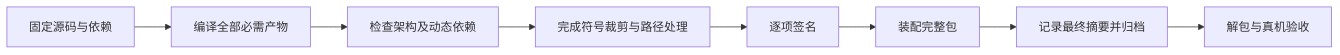
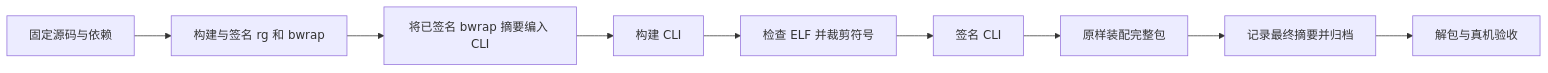
The diagram in docs/鸿蒙电脑原生适配/构建打包与签名设计.md (uluckyXH/codex), drawn with Mermaid before and after one commit. The commit also changed other lines of this file and 55 other files, not shown here.

````diff
--- a/docs/鸿蒙电脑原生适配/构建打包与签名设计.md
+++ b/docs/鸿蒙电脑原生适配/构建打包与签名设计.md
@@ -40,10 +41,11 @@
 ```mermaid
 flowchart LR
-    源码[固定源码与依赖] --> 编译[编译全部必需产物]
-    编译 --> 检查[检查架构及动态依赖]
-    检查 --> 整理[完成符号裁剪与路径处理]
-    整理 --> 签名[逐项签名]
-    签名 --> 装配[装配完整包]
+    源码[固定源码与依赖] --> 辅助[构建与签名 rg 和 bwrap]
+    辅助 --> 摘要[将已签名 bwrap 摘要编入 CLI]
+    摘要 --> 编译[构建 CLI]
+    编译 --> 检查[检查 ELF 并裁剪符号]
+    检查 --> 签名[签名 CLI]
+    签名 --> 装配[原样装配完整包]
     装配 --> 校验[记录最终摘要并归档]
     校验 --> 验收[解包与真机验收]
 ```
````
